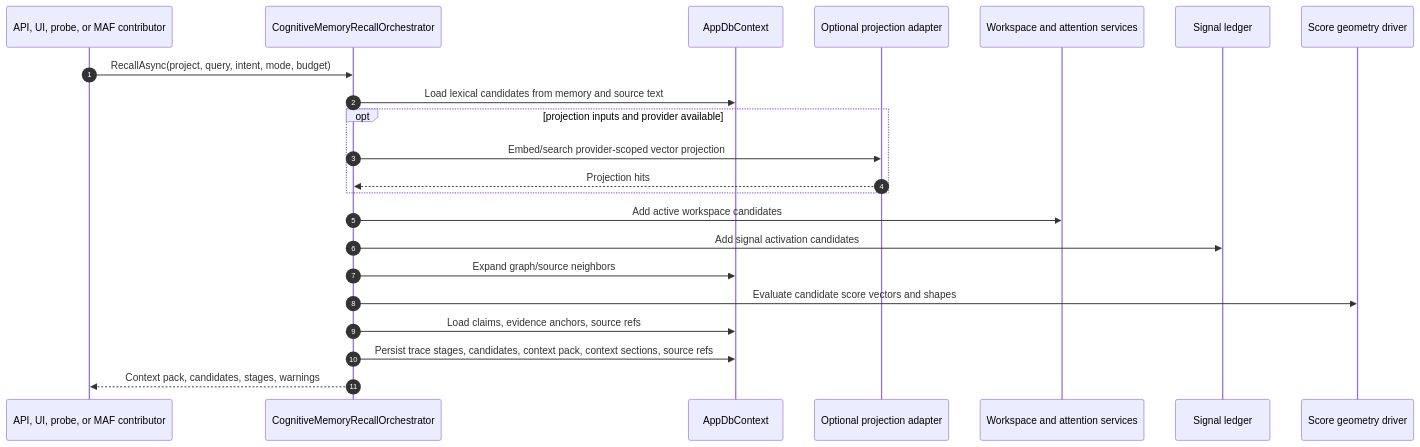
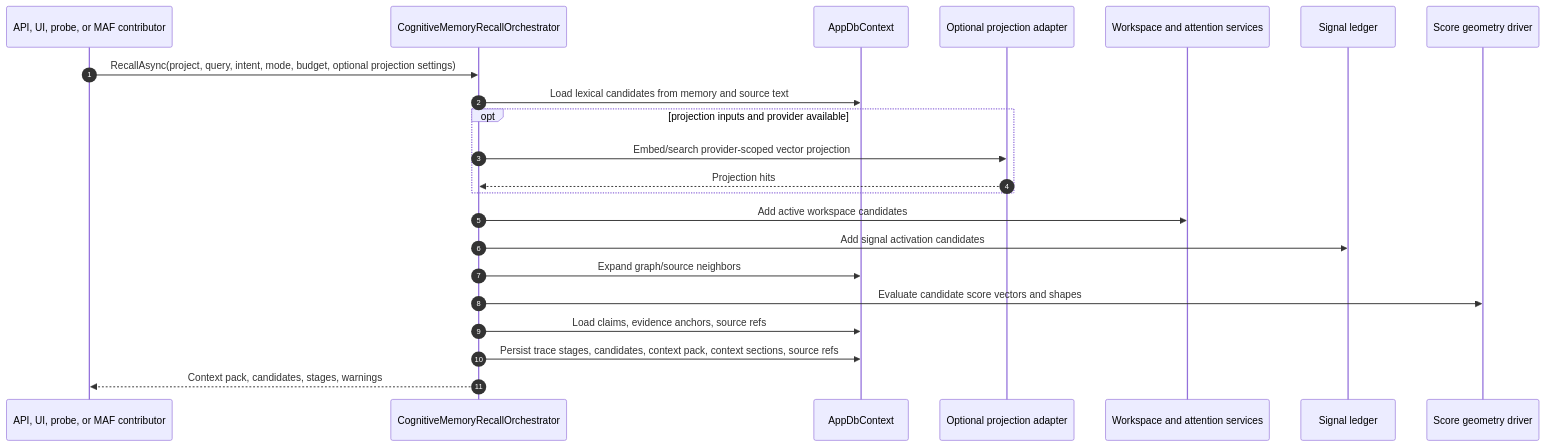
The second of 8 diagrams in docs/cognitive-memory/architecture/runtime-flows.md (fyziktom/CanDoItAll), drawn with Mermaid before and after one commit. The commit also changed other lines of this file and 61 other files, not shown here.

````diff
--- a/docs/cognitive-memory/architecture/runtime-flows.md
+++ b/docs/cognitive-memory/architecture/runtime-flows.md
@@ -45,25 +45,25 @@
 ```mermaid
 sequenceDiagram
     autonumber
     participant Caller as API, UI, probe, or MAF contributor
     participant Recall as CognitiveMemoryRecallOrchestrator
     participant Db as AppDbContext
     participant Projection as Optional projection adapter
     participant Workspace as Workspace and attention services
     participant Signals as Signal ledger
     participant Scoring as Score geometry driver
 
-    Caller->>Recall: RecallAsync(project, query, intent, mode, budget)
+    Caller->>Recall: RecallAsync(project, query, intent, mode, budget, optional projection settings)
     Recall->>Db: Load lexical candidates from memory and source text
     opt projection inputs and provider available
         Recall->>Projection: Embed/search provider-scoped vector projection
         Projection-->>Recall: Projection hits
     end
     Recall->>Workspace: Add active workspace candidates
     Recall->>Signals: Add signal activation candidates
     Recall->>Db: Expand graph/source neighbors
     Recall->>Scoring: Evaluate candidate score vectors and shapes
     Recall->>Db: Load claims, evidence anchors, source refs
     Recall->>Db: Persist trace stages, candidates, context pack, context sections, source refs
     Recall-->>Caller: Context pack, candidates, stages, warnings
 ```
````
